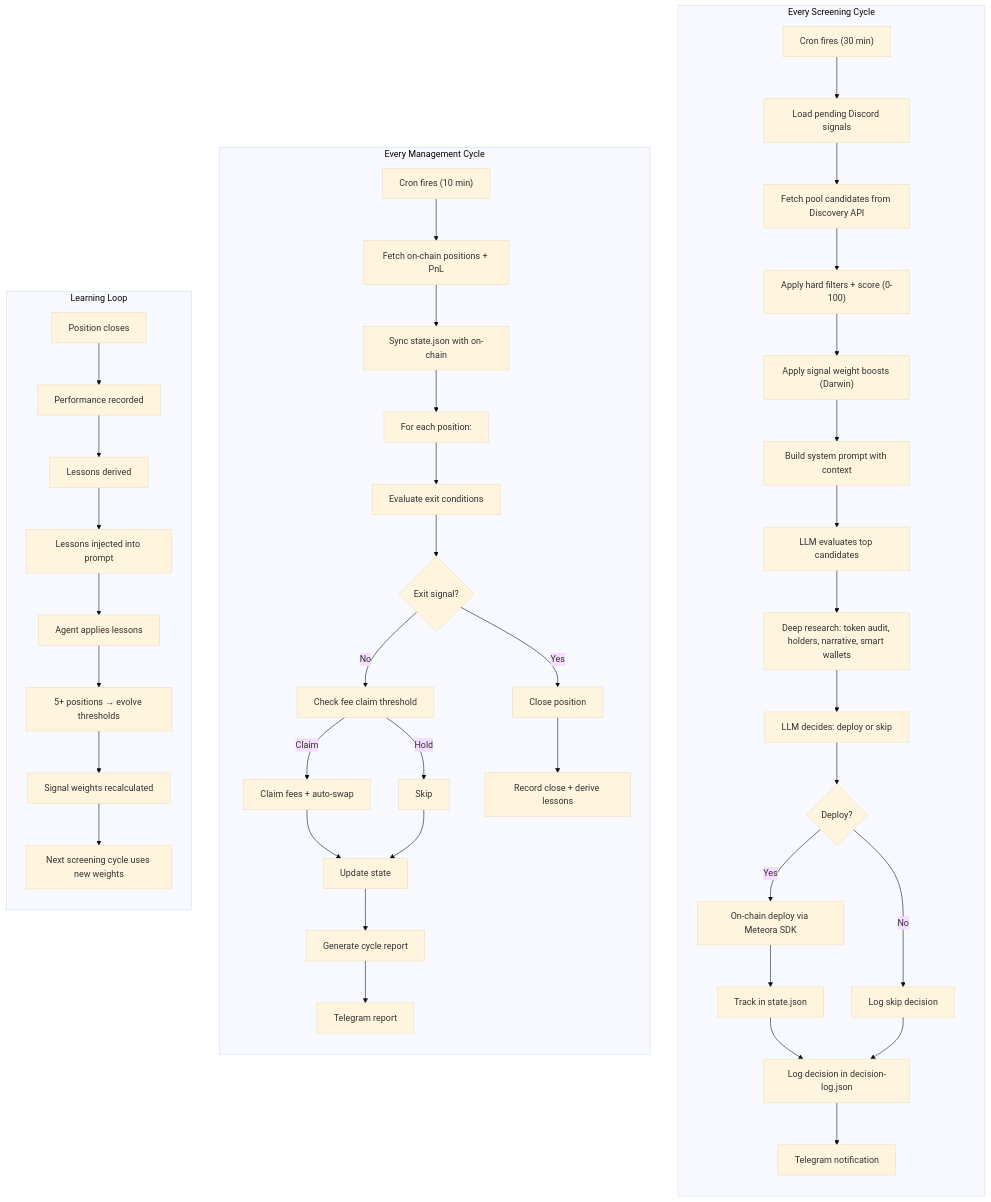
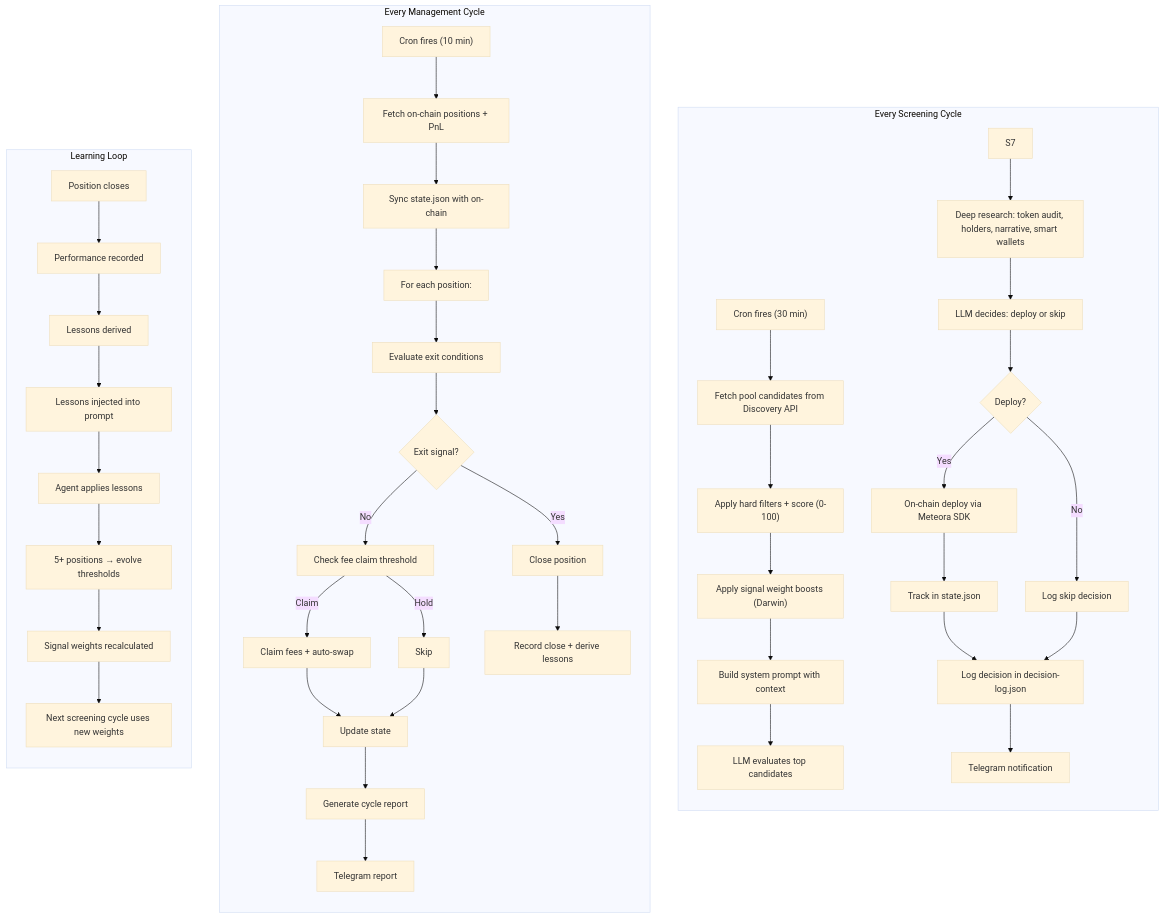
Diagram 18 of 18 in docs/FULL_FLOW.md (romankurnovskii/etemaro), drawn with Mermaid (base theme) before and after one commit. The commit also changed other lines of this file and 2 other files, not shown here.

Commit message:
docs: Update configuration, full flow, and RPC optimization docs

````diff
--- a/docs/FULL_FLOW.md
+++ b/docs/FULL_FLOW.md
@@ -846,50 +829,49 @@
 ```mermaid
 graph TB
     subgraph "Every Screening Cycle"
         direction TB
-        S1["Cron fires (30 min)"] --> S2["Load pending Discord signals"]
-        S2 --> S3["Fetch pool candidates from Discovery API"]
-        S3 --> S4["Apply hard filters + score (0-100)"]
-        S4 --> S5["Apply signal weight boosts (Darwin)"]
-        S5 --> S6["Build system prompt with context"]
-        S6 --> S7["LLM evaluates top candidates"]
+        S1["Cron fires (30 min)"] --> S2["Fetch pool candidates from Discovery API"]
+        S2 --> S3["Apply hard filters + score (0-100)"]
+        S3 --> S4["Apply signal weight boosts (Darwin)"]
+        S4 --> S5["Build system prompt with context"]
+        S5 --> S6["LLM evaluates top candidates"]
         S7 --> S8["Deep research: token audit, holders, narrative, smart wallets"]
         S8 --> S9["LLM decides: deploy or skip"]
         S9 --> S10{"Deploy?"}
         S10 --> |"Yes"| S11["On-chain deploy via Meteora SDK"]
         S10 --> |"No"| S12["Log skip decision"]
         S11 --> S13["Track in state.json"]
         S13 --> S14["Log decision in decision-log.json"]
         S14 --> S15["Telegram notification"]
         S12 --> S14
     end
 
     subgraph "Every Management Cycle"
         direction TB
         M1["Cron fires (10 min)"] --> M2["Fetch on-chain positions + PnL"]
         M2 --> M3["Sync state.json with on-chain"]
         M3 --> M4["For each position:"]
         M4 --> M5["Evaluate exit conditions"]
         M5 --> M6{"Exit signal?"}
         M6 --> |"Yes"| M7["Close position"]
         M6 --> |"No"| M8["Check fee claim threshold"]
         M8 --> |"Claim"| M9["Claim fees + auto-swap"]
         M8 --> |"Hold"| M10["Skip"]
         M7 --> M11["Record close + derive lessons"]
         M9 --> M12["Update state"]
         M10 --> M12
         M12 --> M13["Generate cycle report"]
         M13 --> M14["Telegram report"]
     end
 
     subgraph "Learning Loop"
         direction TB
         L1["Position closes"] --> L2["Performance recorded"]
         L2 --> L3["Lessons derived"]
         L3 --> L4["Lessons injected into prompt"]
         L4 --> L5["Agent applies lessons"]
         L5 --> L6["5+ positions → evolve thresholds"]
         L6 --> L7["Signal weights recalculated"]
         L7 --> L8["Next screening cycle uses new weights"]
     end
 ```
````
